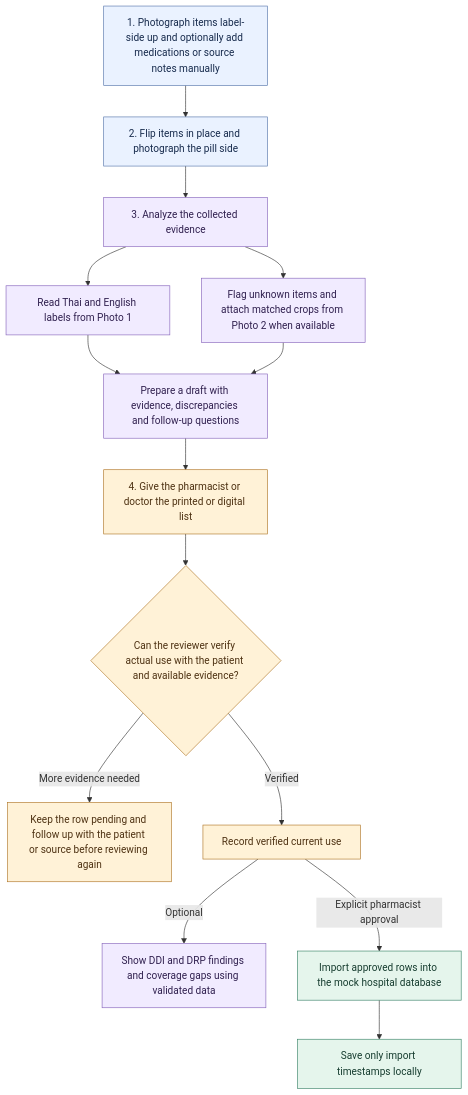
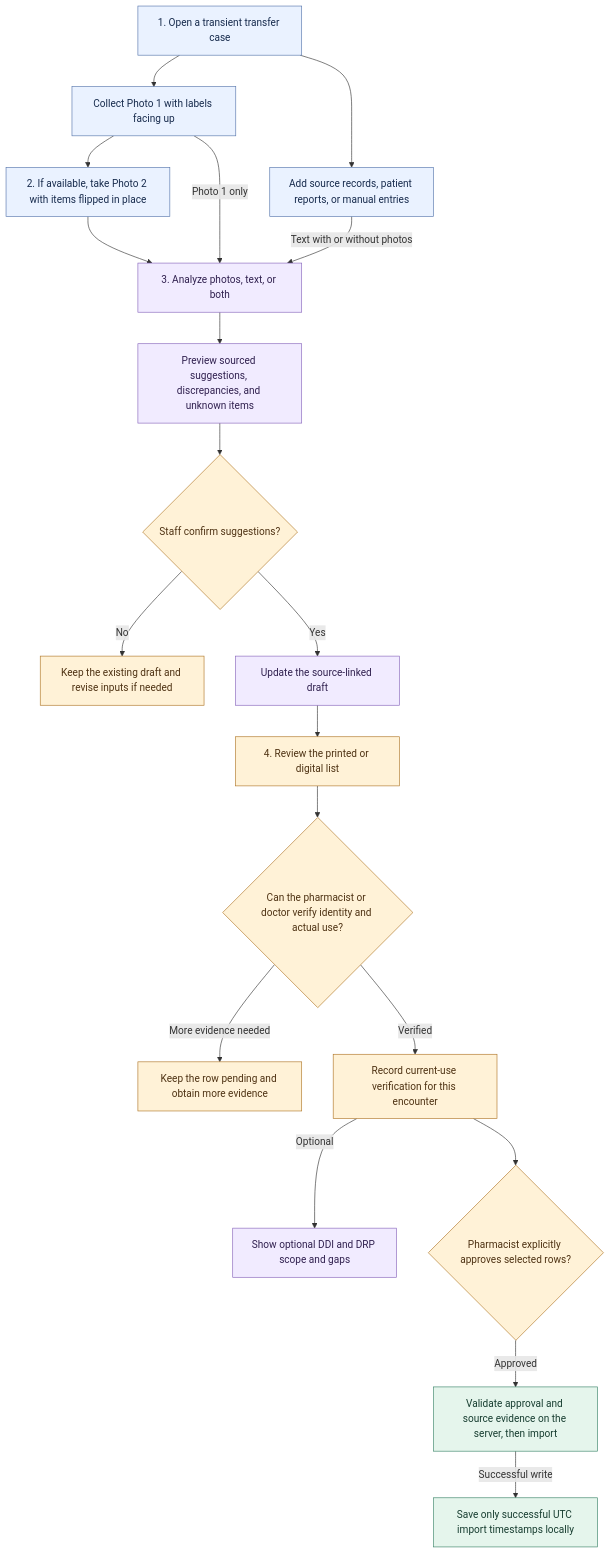
One commit to pakornds/Medication-Reader changed the diagram in docs/specs/medication-reader-v1.md. Above: the diagram before and after it, drawn with Mermaid. The commit also changed other lines of this file and 3 other files, not shown here.

````diff
--- a/docs/specs/medication-reader-v1.md
+++ b/docs/specs/medication-reader-v1.md
@@ -11,27 +13,41 @@
 ```mermaid
 flowchart TD
-    label["1. Photograph items label-side up and optionally add medications or source notes manually"]
-    reverse["2. Flip items in place and photograph the pill side"]
-    agent["3. Analyze the collected evidence"]
-    label --> reverse --> agent
-    agent --> ocr["Read Thai and English labels from Photo 1"]
-    agent --> flag["Flag unknown items and attach matched crops from Photo 2 when available"]
-    ocr --> list["Prepare a draft with evidence, discrepancies and follow-up questions"]
-    flag --> list
-    list --> handoff["4. Give the pharmacist or doctor the printed or digital list"]
-    handoff --> review{"Can the reviewer verify actual use with the patient and available evidence?"}
-    review -->|More evidence needed| follow["Keep the row pending and follow up with the patient or source before reviewing again"]
-    review -->|Verified| verified["Record verified current use"]
-    verified -->|Optional| checks["Show DDI and DRP findings and coverage gaps using validated data"]
-    verified -->|Explicit pharmacist approval| save["Import approved rows into the mock hospital database"]
-    save --> receipt["Save only import timestamps locally"]
+    start["1. Open a transient transfer case"]
+    label["Collect Photo 1 with labels facing up"]
+    reverse["2. If available, take Photo 2 with items flipped in place"]
+    text["Add source records, patient reports, or manual entries"]
+    agent["3. Analyze photos, text, or both"]
+    preview["Preview sourced suggestions, discrepancies, and unknown items"]
+    confirm{"Staff confirm suggestions?"}
+    revise["Keep the existing draft and revise inputs if needed"]
+    list["Update the source-linked draft"]
+    handoff["4. Review the printed or digital list"]
+    review{"Can the pharmacist or doctor verify identity and actual use?"}
+    follow["Keep the row pending and obtain more evidence"]
+    verified["Record current-use verification for this encounter"]
+    checks["Show optional DDI and DRP scope and gaps"]
+    approve{"Pharmacist explicitly approves selected rows?"}
+    save["Validate approval and source evidence on the server, then import"]
+    receipt["Save only successful UTC import timestamps locally"]
+
+    start --> label --> reverse --> agent
+    label -->|Photo 1 only| agent
+    start --> text -->|Text with or without photos| agent
+    agent --> preview --> confirm
+    confirm -->|Yes| list --> handoff --> review
+    confirm -->|No| revise
+    review -->|More evidence needed| follow
+    review -->|Verified| verified
+    verified -->|Optional| checks
+    verified --> approve
+    approve -->|Approved| save -->|Successful write| receipt
 
     classDef evidence fill:#EAF2FF,stroke:#5675AB,color:#172B4D
     classDef processing fill:#F1EBFF,stroke:#8765BB,color:#30204F
     classDef human fill:#FFF2D7,stroke:#AF7627,color:#4E3213
     classDef storage fill:#E5F5EC,stroke:#398367,color:#173D30
-    class label,reverse evidence
-    class ocr,flag,list,agent,checks processing
-    class handoff,review,follow,verified human
+    class start,label,reverse,text evidence
+    class agent,preview,list,checks processing
+    class confirm,revise,handoff,review,follow,verified,approve human
     class save,receipt storage
 ```
````
